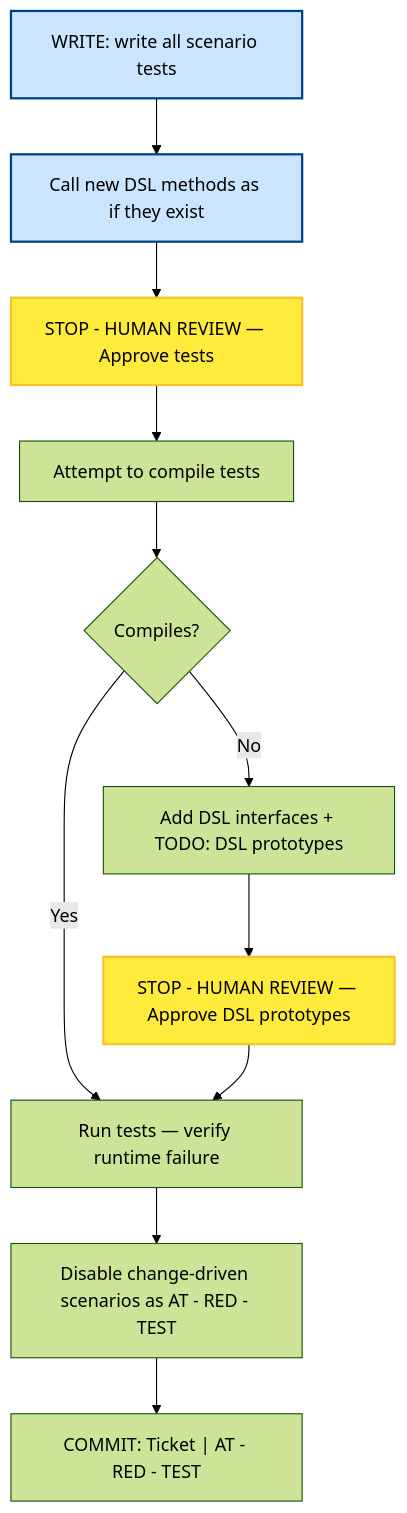
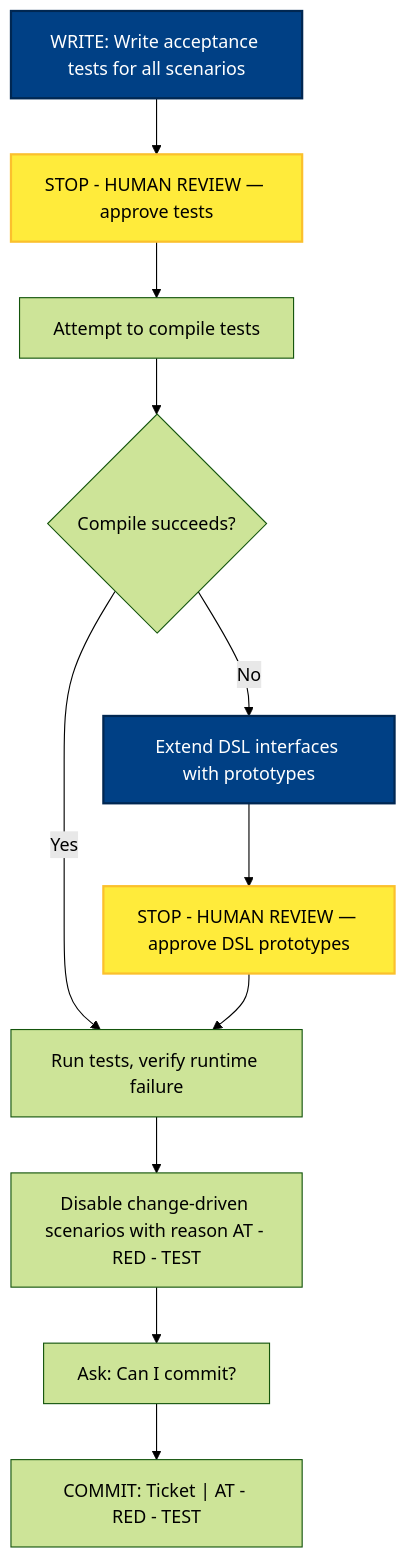
The first of 8 diagrams in docs/atdd/process/diagram-phase-details.md (optivem/starter), drawn with Mermaid (forest theme) before and after one commit. The commit also changed other lines of this file and 2 other files, not shown here.

````diff
--- a/docs/atdd/process/diagram-phase-details.md
+++ b/docs/atdd/process/diagram-phase-details.md
@@ -22,29 +22,29 @@
 ```mermaid
 flowchart TD
-    WRITE[WRITE: write all scenario tests]
-    EXTEND_DSL[Call new DSL methods as if they exist]
-    STOP_WRITE_TESTS[STOP - HUMAN REVIEW — Approve tests]
+    WRITE[WRITE: Write acceptance tests for all scenarios]
+    STOP_WRITE_TESTS["STOP - HUMAN REVIEW — approve tests"]
     COMPILE[Attempt to compile tests]
-    COMPILE_OK{Compiles?}
-    ADD_DSL[Add DSL interfaces + TODO: DSL prototypes]
-    STOP_DSL[STOP - HUMAN REVIEW — Approve DSL prototypes]
-    RUN[Run tests — verify runtime failure]
-    DISABLE[Disable change-driven scenarios as AT - RED - TEST]
+    COMPILE_OK{Compile succeeds?}
+    EXTEND_DSL[Extend DSL interfaces with prototypes]
+    STOP_DSL["STOP - HUMAN REVIEW — approve DSL prototypes"]
+    RUN[Run tests, verify runtime failure]
+    DISABLE["Disable change-driven scenarios with reason AT - RED - TEST"]
+    ASK_COMMIT["Ask: Can I commit?"]
     COMMIT["COMMIT: Ticket | AT - RED - TEST"]
 
-    WRITE --> EXTEND_DSL
-    EXTEND_DSL --> STOP_WRITE_TESTS
+    WRITE --> STOP_WRITE_TESTS
     STOP_WRITE_TESTS --> COMPILE
     COMPILE --> COMPILE_OK
     COMPILE_OK -->|Yes| RUN
-    COMPILE_OK -->|No| ADD_DSL
-    ADD_DSL --> STOP_DSL
+    COMPILE_OK -->|No| EXTEND_DSL
+    EXTEND_DSL --> STOP_DSL
     STOP_DSL --> RUN
     RUN --> DISABLE
-    DISABLE --> COMMIT
+    DISABLE --> ASK_COMMIT
+    ASK_COMMIT --> COMMIT
 
-    classDef effortNode fill:#cce5ff,stroke:#004085,stroke-width:2px
+    classDef effortNode fill:#004085,stroke:#002752,stroke-width:2px,color:#ffffff
     class WRITE,EXTEND_DSL effortNode
     classDef humanReviewNode fill:#ffeb3b,stroke:#fbc02d,stroke-width:2px,color:#000
     class STOP_WRITE_TESTS,STOP_DSL humanReviewNode
 ```
````
